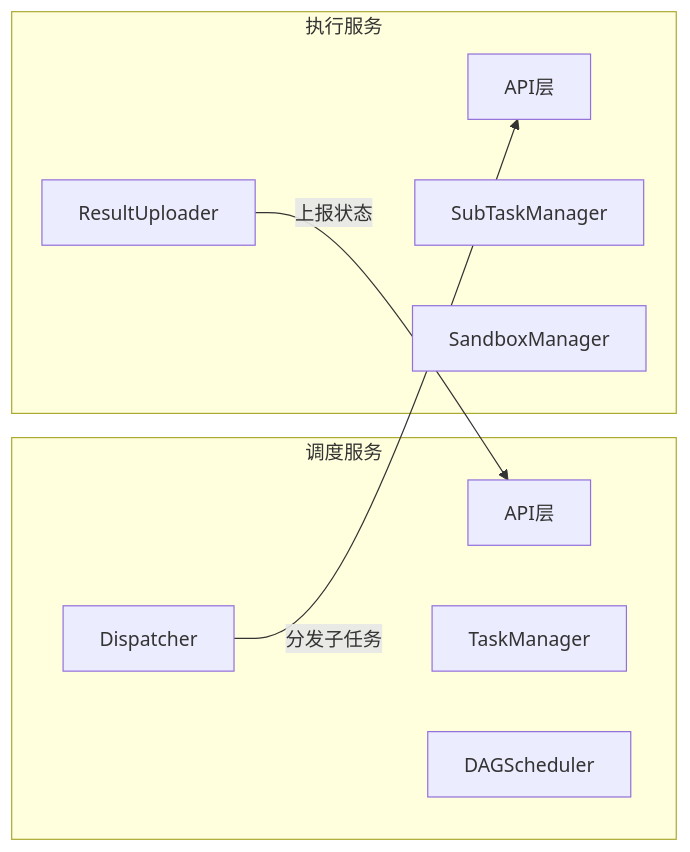
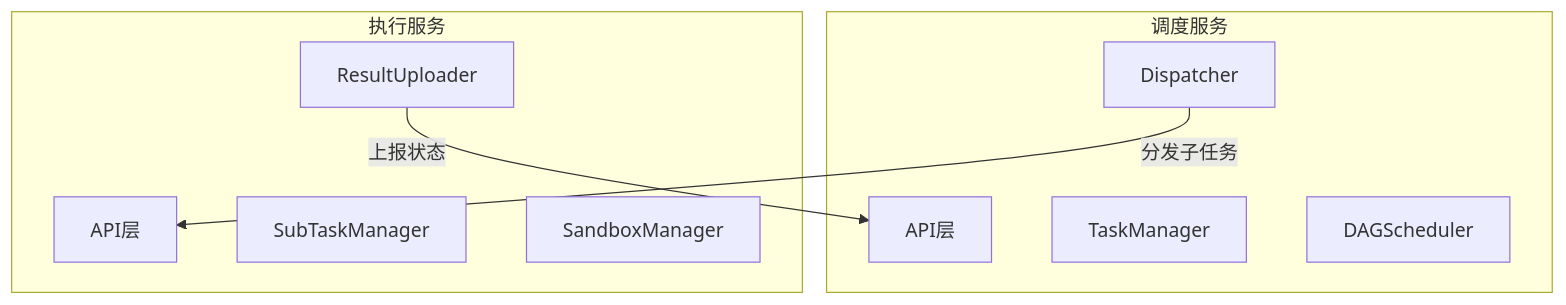
One commit to njuxumq/agent-eval-server changed the first of 8 diagrams in docs/designs/模块设计文档.md. Above: the diagram before and after it, drawn with Mermaid. The commit also changed other lines of this file and 15 other files, not shown here.

````diff
--- a/docs/designs/模块设计文档.md
+++ b/docs/designs/模块设计文档.md
@@ -15,19 +21,19 @@
 ```mermaid
-flowchart LR
+flowchart TB
     subgraph 调度服务
         S_API[API层]
         S_MGR[TaskManager]
         S_SCHED[DAGScheduler]
         S_DISP[Dispatcher]
     end
 
     subgraph 执行服务
         E_API[API层]
         E_MGR[SubTaskManager]
         E_SB[SandboxManager]
         E_UP[ResultUploader]
     end
 
     S_DISP -->|"分发子任务"| E_API
     E_UP -->|"上报状态"| S_API
 ```
````
